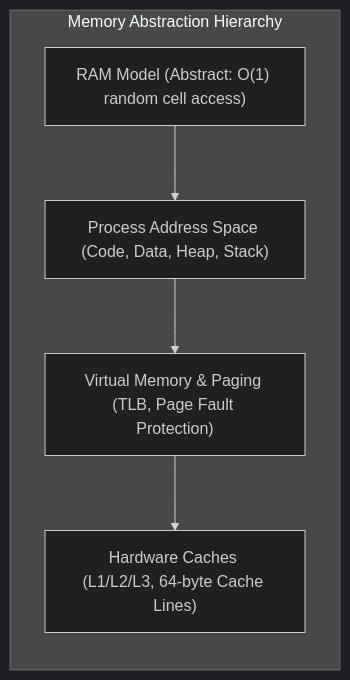
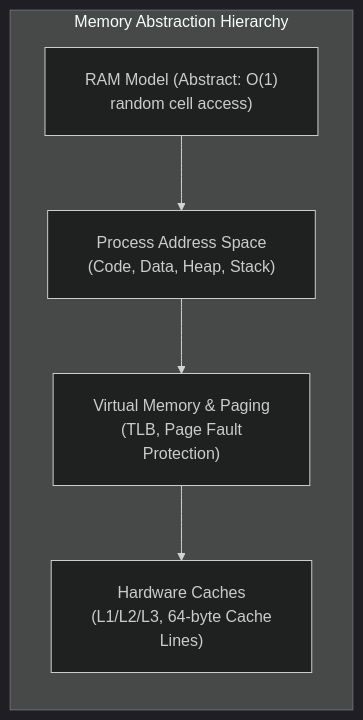
One commit to dip4k/DSA_102 changed the first of 3 diagrams in week_01_foundations_i_computational_fundamentals/Week_01_Visual_Concepts_Playbook_HYBRID.md. Above: the diagram before and after it, drawn with Mermaid (dark theme). The commit also changed other lines of this file and 108 other files, not shown here.

First line of the commit message:
fix(mermaid): resolve diagram clipping, padding, and syntax issues across repo

````diff
--- a/week_01_foundations_i_computational_fundamentals/Week_01_Visual_Concepts_Playbook_HYBRID.md
+++ b/week_01_foundations_i_computational_fundamentals/Week_01_Visual_Concepts_Playbook_HYBRID.md
@@ -40,11 +40,12 @@
 ```mermaid
+%%{init: {"flowchart": {"htmlLabels": true, "padding": 20}}}%%
 flowchart TD
     subgraph MemoryLayers["Memory Abstraction Hierarchy"]
         direction TB
-        RAM["RAM Model (Abstract: O(1) random cell access)"]
-        PAS["Process Address Space (Code, Data, Heap, Stack)"]
-        VM["Virtual Memory & Paging (TLB, Page Fault Protection)"]
-        Cache["Hardware Caches (L1/L2/L3, 64-byte Cache Lines)"]
+        RAM["RAM Model (Abstract: O(1)<br/>random cell access)"]
+        PAS["Process Address Space<br/>(Code, Data, Heap, Stack)"]
+        VM["Virtual Memory & Paging<br/>(TLB, Page Fault<br/>Protection)"]
+        Cache["Hardware Caches<br/>(L1/L2/L3, 64-byte Cache<br/>Lines)"]
     end
     RAM --> PAS --> VM --> Cache
 ```
````
